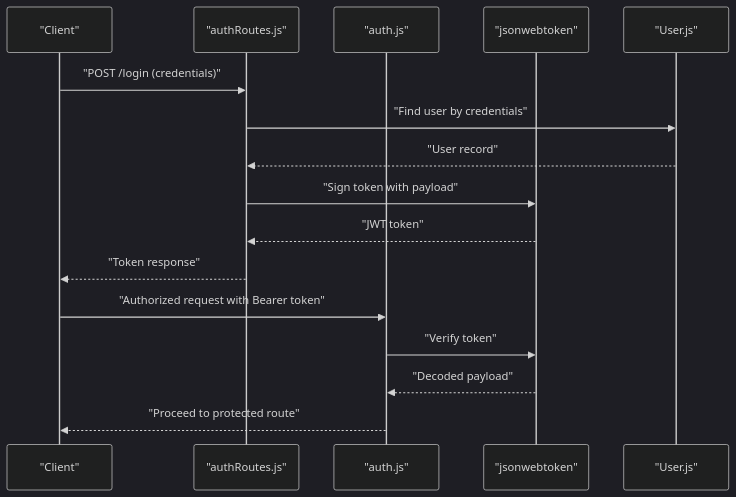
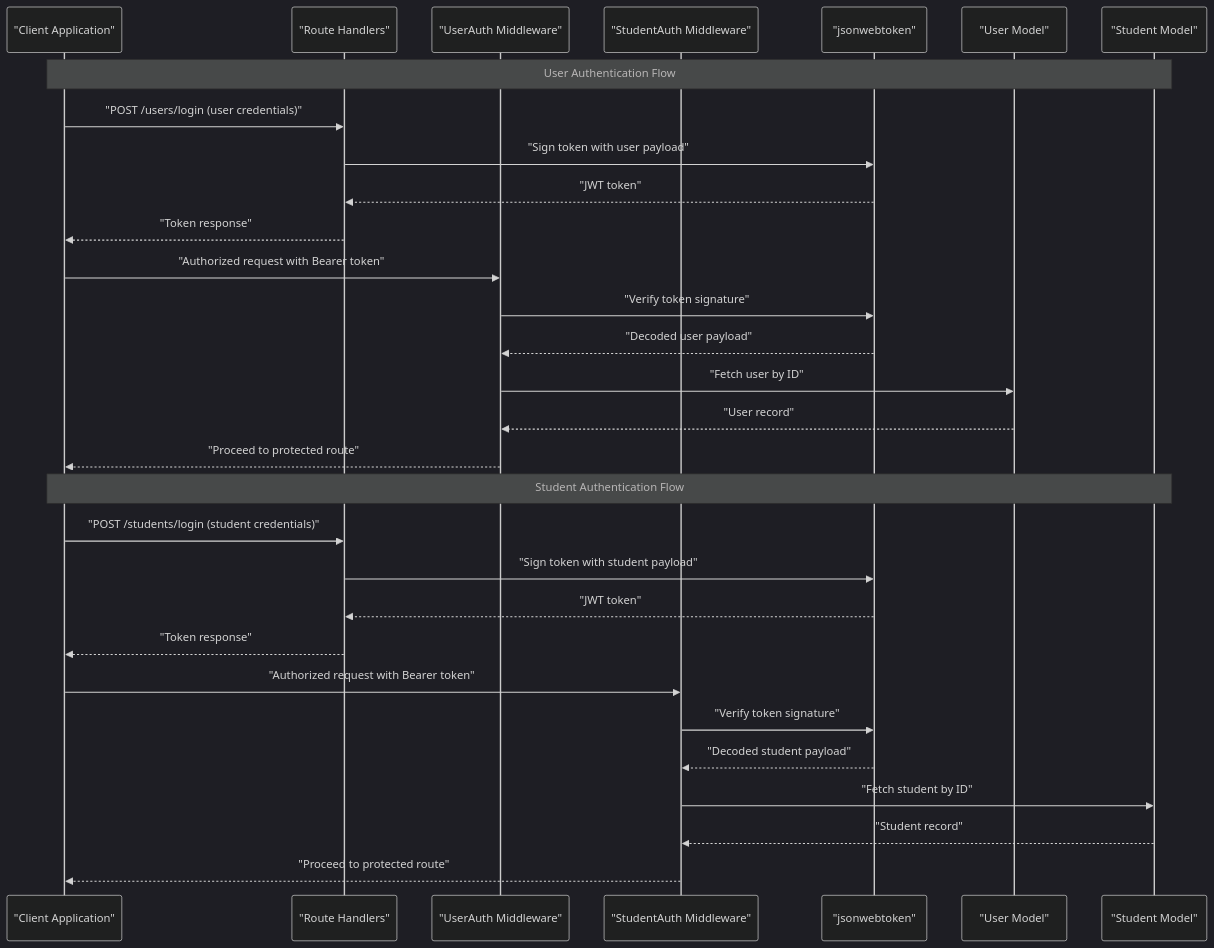
One commit to Mreng78/khirocom_project changed the second of 3 diagrams in .qoder/repowiki/en/content/Authentication & Authorization/JWT Authentication Implementation.md. Above: the diagram before and after it, drawn with Mermaid (dark theme). The commit also changed other lines of this file and 17 other files, not shown here.

````diff
--- a/.qoder/repowiki/en/content/Authentication & Authorization/JWT Authentication Implementation.md
+++ b/.qoder/repowiki/en/content/Authentication & Authorization/JWT Authentication Implementation.md
@@ -77,18 +131,32 @@
 ```mermaid
 sequenceDiagram
-participant Client as "Client"
-participant Routes as "authRoutes.js"
-participant Middleware as "auth.js"
+participant Client as "Client Application"
+participant Routes as "Route Handlers"
+participant UserMW as "UserAuth Middleware"
+participant StudentMW as "StudentAuth Middleware"
 participant JWT as "jsonwebtoken"
-participant Models as "User.js"
-Client->>Routes : "POST /login (credentials)"
-Routes->>Models : "Find user by credentials"
-Models-->>Routes : "User record"
-Routes->>JWT : "Sign token with payload"
+participant UserModel as "User Model"
+participant StudentModel as "Student Model"
+Note over Client,StudentModel : User Authentication Flow
+Client->>Routes : "POST /users/login (user credentials)"
+Routes->>JWT : "Sign token with user payload"
 JWT-->>Routes : "JWT token"
 Routes-->>Client : "Token response"
-Client->>Middleware : "Authorized request with Bearer token"
-Middleware->>JWT : "Verify token"
-JWT-->>Middleware : "Decoded payload"
-Middleware-->>Client : "Proceed to protected route"
+Client->>UserMW : "Authorized request with Bearer token"
+UserMW->>JWT : "Verify token signature"
+JWT-->>UserMW : "Decoded user payload"
+UserMW->>UserModel : "Fetch user by ID"
+UserModel-->>UserMW : "User record"
+UserMW-->>Client : "Proceed to protected route"
+Note over Client,StudentModel : Student Authentication Flow
+Client->>Routes : "POST /students/login (student credentials)"
+Routes->>JWT : "Sign token with student payload"
+JWT-->>Routes : "JWT token"
+Routes-->>Client : "Token response"
+Client->>StudentMW : "Authorized request with Bearer token"
+StudentMW->>JWT : "Verify token signature"
+JWT-->>StudentMW : "Decoded student payload"
+StudentMW->>StudentModel : "Fetch student by ID"
+StudentModel-->>StudentMW : "Student record"
+StudentMW-->>Client : "Proceed to protected route"
 ```
````
